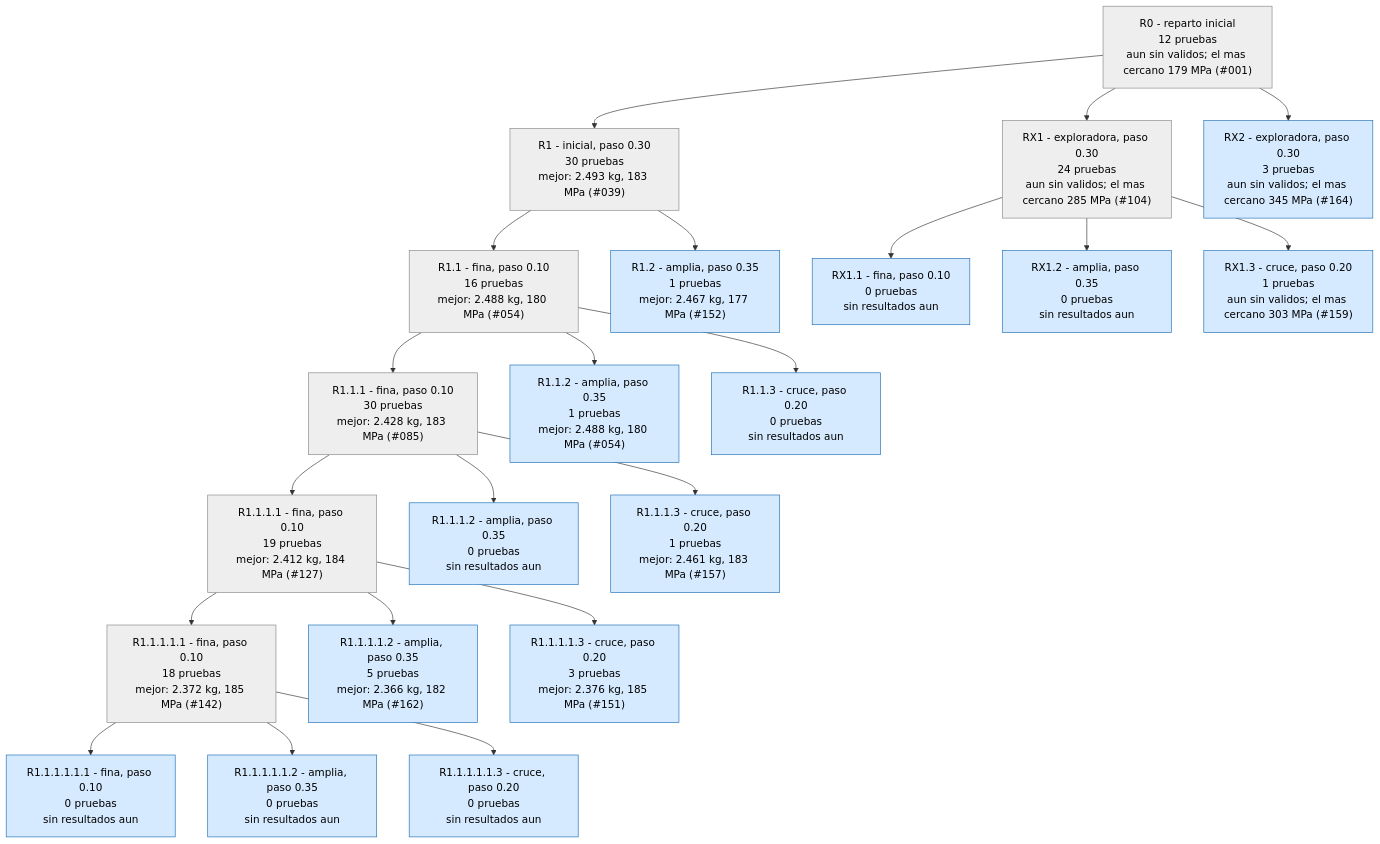
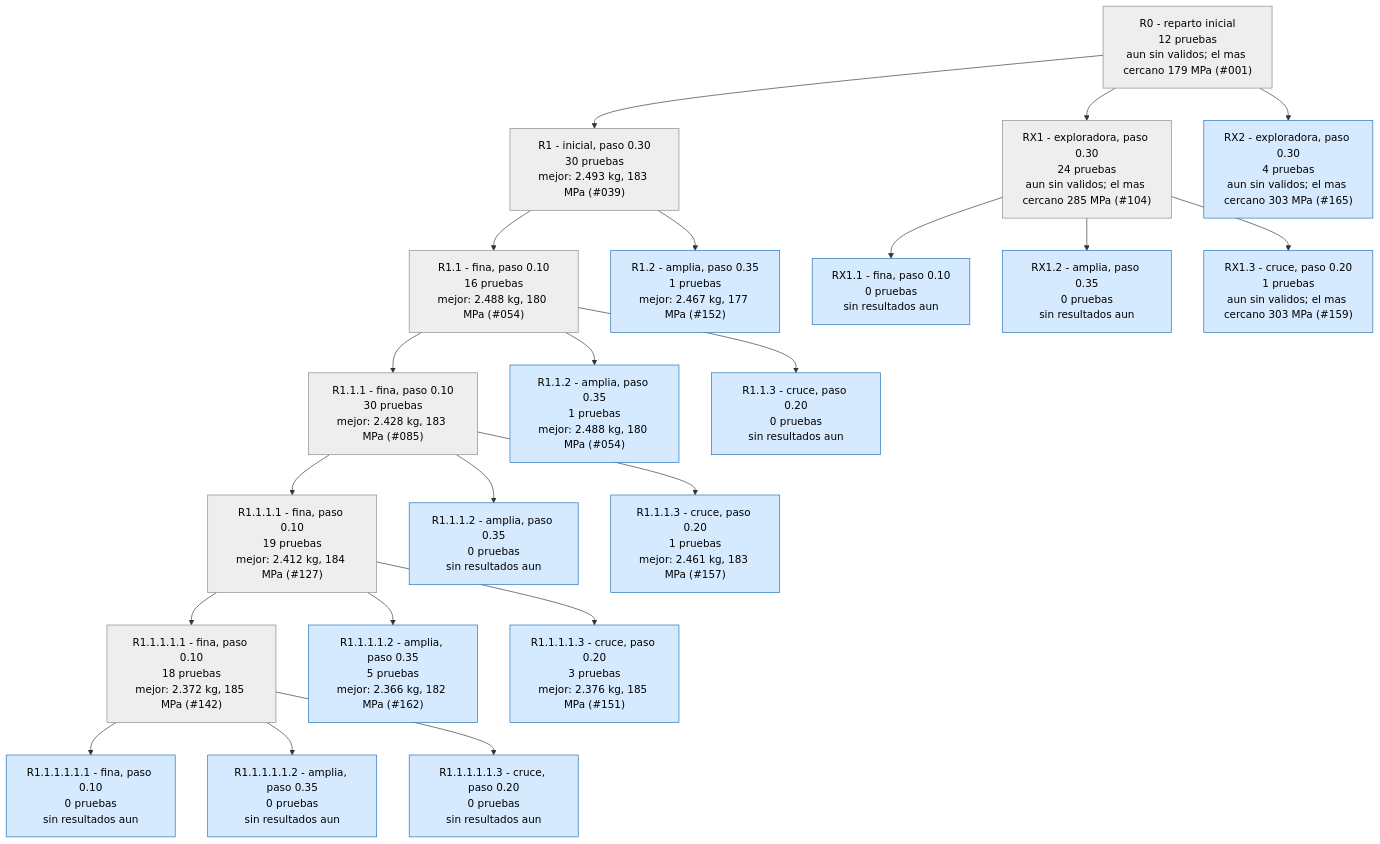
Before and after one commit to Hugiko/msd-soporte-optimizacion: the second of 4 diagrams in runs/opt_37800N/ARBOL.md, drawn with Mermaid. The commit also changed 21 other files, not shown here.

````diff
--- a/runs/opt_37800N/ARBOL.md
+++ b/runs/opt_37800N/ARBOL.md
@@ -25,47 +25,47 @@
 ```mermaid
 graph TD
 classDef activa fill:#d6eaff,stroke:#1f6fb5,color:#000
 classDef fin fill:#eeeeee,stroke:#888,color:#000
 classDef mejor fill:#c8f0c0,stroke:#1a9850,stroke-width:4px,color:#000
 R0["R0 - reparto inicial<br/>12 pruebas<br/>aun sin validos; el mas cercano 179 MPa (#001)"]:::fin
 R1["R1 - inicial, paso 0.30<br/>30 pruebas<br/>mejor: 2.493 kg, 183 MPa (#039)"]:::fin
 R0 --> R1
 R1_1["R1.1 - fina, paso 0.10<br/>16 pruebas<br/>mejor: 2.488 kg, 180 MPa (#054)"]:::fin
 R1 --> R1_1
 R1_2["R1.2 - amplia, paso 0.35<br/>1 pruebas<br/>mejor: 2.467 kg, 177 MPa (#152)"]:::activa
 R1 --> R1_2
 R1_1_1["R1.1.1 - fina, paso 0.10<br/>30 pruebas<br/>mejor: 2.428 kg, 183 MPa (#085)"]:::fin
 R1_1 --> R1_1_1
 R1_1_2["R1.1.2 - amplia, paso 0.35<br/>1 pruebas<br/>mejor: 2.488 kg, 180 MPa (#054)"]:::activa
 R1_1 --> R1_1_2
 R1_1_3["R1.1.3 - cruce, paso 0.20<br/>0 pruebas<br/>sin resultados aun"]:::activa
 R1_1 --> R1_1_3
 R1_1_1_1["R1.1.1.1 - fina, paso 0.10<br/>19 pruebas<br/>mejor: 2.412 kg, 184 MPa (#127)"]:::fin
 R1_1_1 --> R1_1_1_1
 R1_1_1_2["R1.1.1.2 - amplia, paso 0.35<br/>0 pruebas<br/>sin resultados aun"]:::activa
 R1_1_1 --> R1_1_1_2
 R1_1_1_3["R1.1.1.3 - cruce, paso 0.20<br/>1 pruebas<br/>mejor: 2.461 kg, 183 MPa (#157)"]:::activa
 R1_1_1 --> R1_1_1_3
 RX1["RX1 - exploradora, paso 0.30<br/>24 pruebas<br/>aun sin validos; el mas cercano 285 MPa (#104)"]:::fin
 R0 --> RX1
 RX1_1["RX1.1 - fina, paso 0.10<br/>0 pruebas<br/>sin resultados aun"]:::activa
 RX1 --> RX1_1
 RX1_2["RX1.2 - amplia, paso 0.35<br/>0 pruebas<br/>sin resultados aun"]:::activa
 RX1 --> RX1_2
 RX1_3["RX1.3 - cruce, paso 0.20<br/>1 pruebas<br/>aun sin validos; el mas cercano 303 MPa (#159)"]:::activa
 RX1 --> RX1_3
 R1_1_1_1_1["R1.1.1.1.1 - fina, paso 0.10<br/>18 pruebas<br/>mejor: 2.372 kg, 185 MPa (#142)"]:::fin
 R1_1_1_1 --> R1_1_1_1_1
 R1_1_1_1_2["R1.1.1.1.2 - amplia, paso 0.35<br/>5 pruebas<br/>mejor: 2.366 kg, 182 MPa (#162)"]:::activa
 R1_1_1_1 --> R1_1_1_1_2
 R1_1_1_1_3["R1.1.1.1.3 - cruce, paso 0.20<br/>3 pruebas<br/>mejor: 2.376 kg, 185 MPa (#151)"]:::activa
 R1_1_1_1 --> R1_1_1_1_3
 R1_1_1_1_1_1["R1.1.1.1.1.1 - fina, paso 0.10<br/>0 pruebas<br/>sin resultados aun"]:::activa
 R1_1_1_1_1 --> R1_1_1_1_1_1
 R1_1_1_1_1_2["R1.1.1.1.1.2 - amplia, paso 0.35<br/>0 pruebas<br/>sin resultados aun"]:::activa
 R1_1_1_1_1 --> R1_1_1_1_1_2
 R1_1_1_1_1_3["R1.1.1.1.1.3 - cruce, paso 0.20<br/>0 pruebas<br/>sin resultados aun"]:::activa
 R1_1_1_1_1 --> R1_1_1_1_1_3
-RX2["RX2 - exploradora, paso 0.30<br/>3 pruebas<br/>aun sin validos; el mas cercano 345 MPa (#164)"]:::activa
+RX2["RX2 - exploradora, paso 0.30<br/>4 pruebas<br/>aun sin validos; el mas cercano 303 MPa (#165)"]:::activa
 R0 --> RX2
 ```
````
